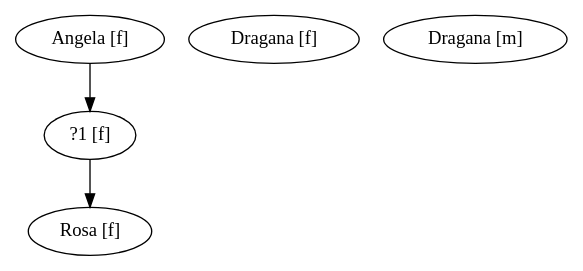
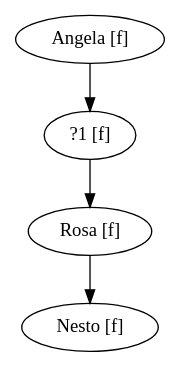
Before and after one commit to DjordjeR/esp_ass: the diagram in codeblocks/esp_code_blocks/test.dot, drawn with Graphviz. The commit also changed 14 other files, not shown here.

```diff
--- a/codeblocks/esp_code_blocks/test.dot
+++ b/codeblocks/esp_code_blocks/test.dot
@@ -1,8 +1,6 @@
 digraph FamilyTree
 {
   "?1 [f]" -> "Rosa [f]";
   "Angela [f]" -> "?1 [f]";
-  "Dragana [f]";
-  "Dragana [m]";
-  "Rosa [f]";
+  "Rosa [f]" -> "Nesto [f]";
 }
```
